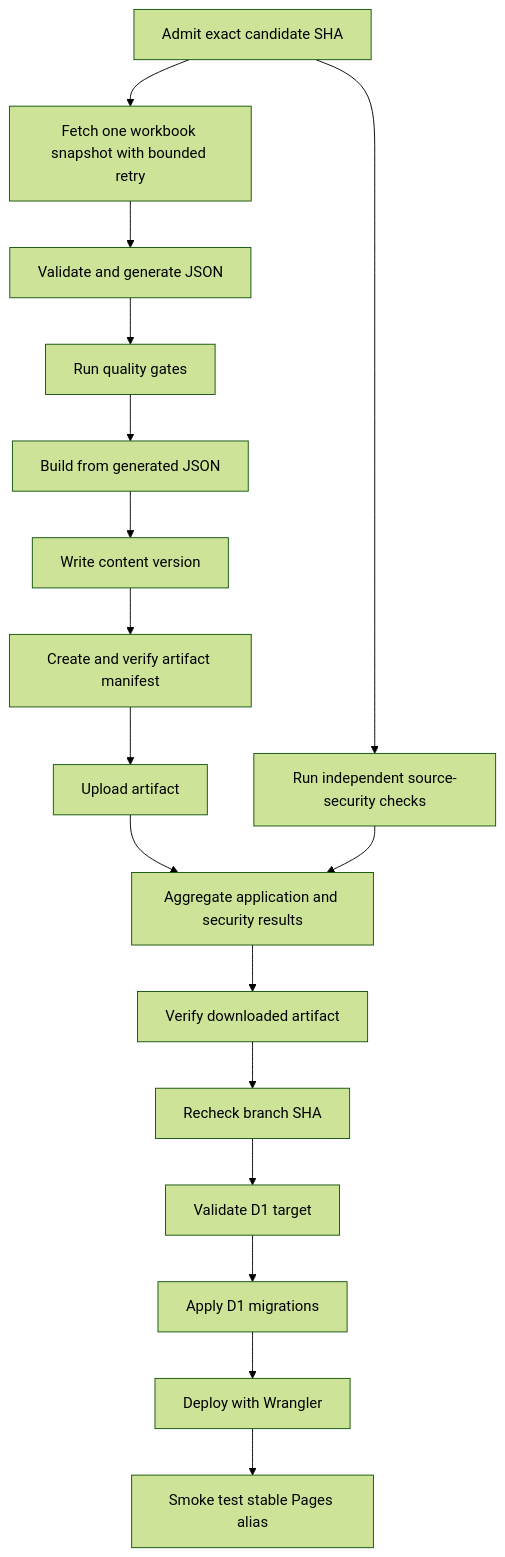
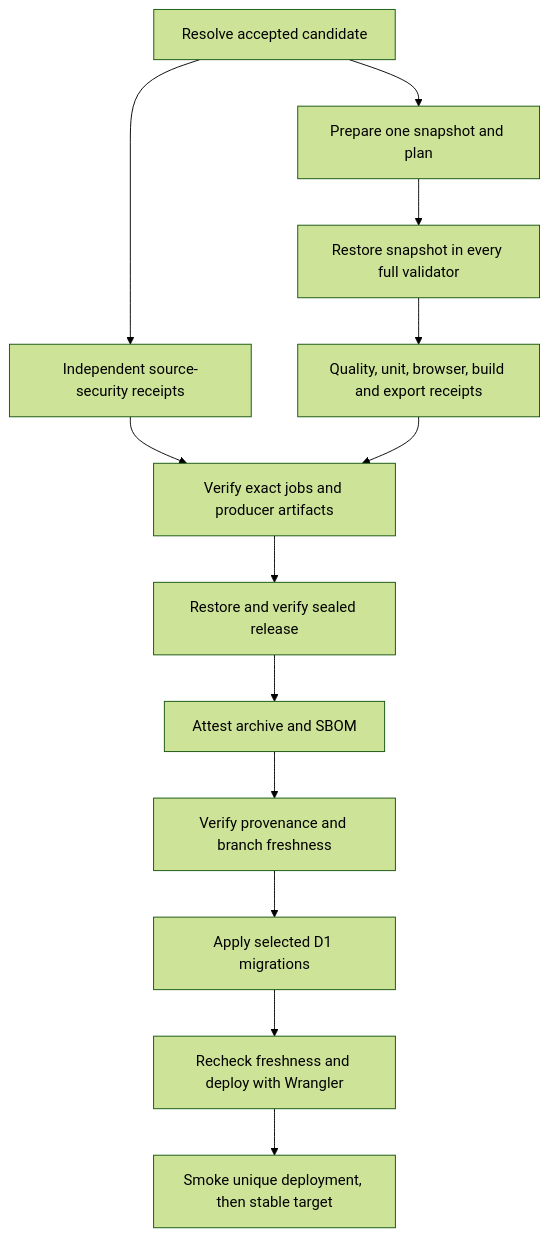
The diagram in docs/operations/DEPLOYMENT.md (nicolasgioanni/Smart-Porfolio), drawn with Mermaid (forest theme) before and after one commit. The commit also changed other lines of this file and 65 other files, not shown here.

Commit message:
ci: adopt parallel candidate evidence graph

````diff
--- a/docs/operations/DEPLOYMENT.md
+++ b/docs/operations/DEPLOYMENT.md
@@ -194,19 +196,15 @@
 ```mermaid
 flowchart TD
-    A[Admit exact candidate SHA] --> B[Fetch one workbook snapshot with bounded retry]
-    A --> S[Run independent source-security checks]
-    B --> C[Validate and generate JSON]
-    C --> D[Run quality gates]
-    D --> E[Build from generated JSON]
-    E --> F[Write content version]
-    F --> G[Create and verify artifact manifest]
-    G --> H[Upload artifact]
-    H --> V[Aggregate application and security results]
-    S --> V
-    V --> I[Verify downloaded artifact]
-    I --> J[Recheck branch SHA]
-    J --> K[Validate D1 target]
-    K --> L[Apply D1 migrations]
-    L --> M[Deploy with Wrangler]
-    M --> N[Smoke test stable Pages alias]
+    A[Resolve accepted candidate] --> B[Prepare one snapshot and plan]
+    A --> S[Independent source-security receipts]
+    B --> C[Restore snapshot in every full validator]
+    C --> D[Quality, unit, browser, build and export receipts]
+    S --> G[Verify exact jobs and producer artifacts]
+    D --> G
+    G --> H[Restore and verify sealed release]
+    H --> I[Attest archive and SBOM]
+    I --> J[Verify provenance and branch freshness]
+    J --> K[Apply selected D1 migrations]
+    K --> L[Recheck freshness and deploy with Wrangler]
+    L --> M[Smoke unique deployment, then stable target]
 ```
````
